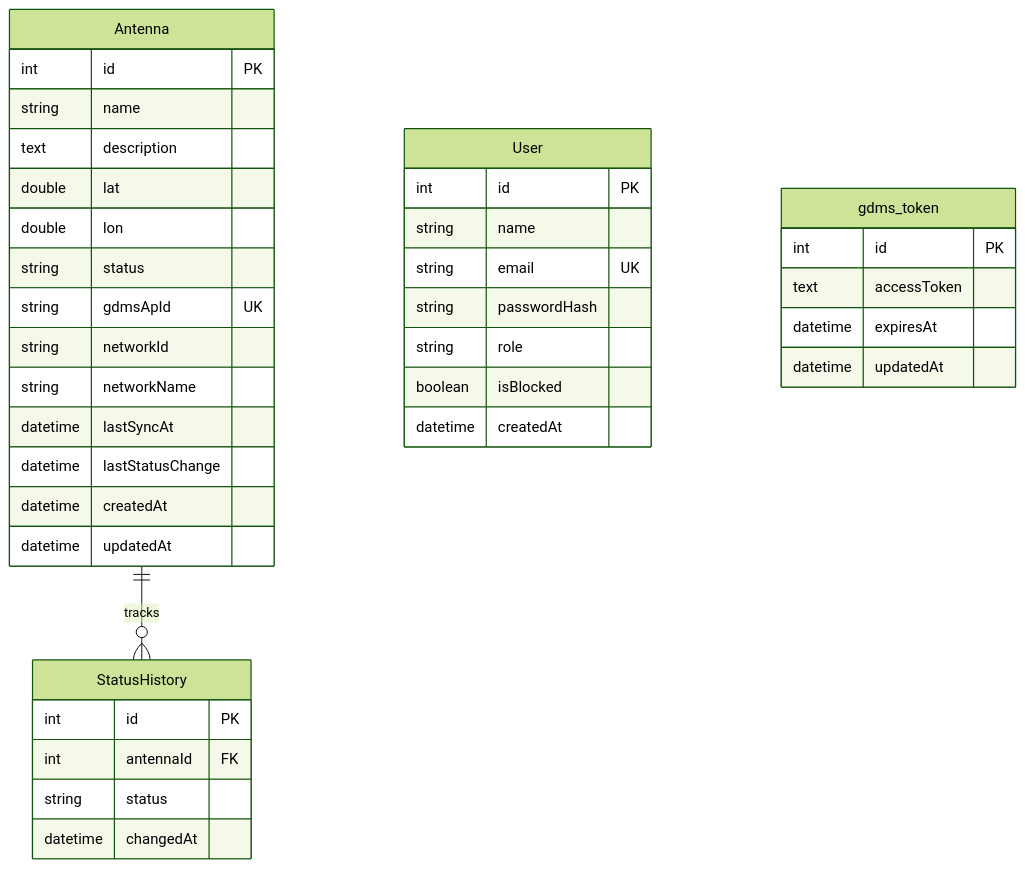
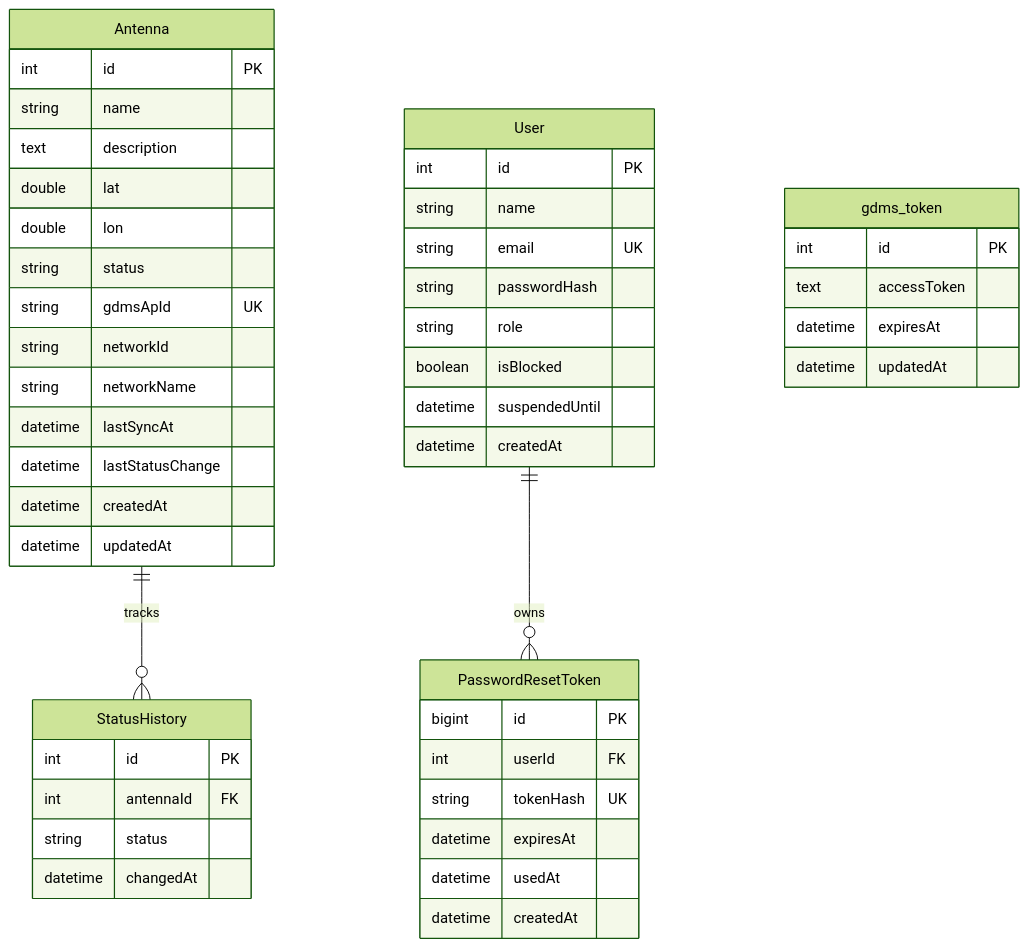
One commit to jefersonrocha-py/stats-a.p. changed the fifth of 5 diagrams in README.md. Above: the diagram before and after it, drawn with Mermaid (forest theme). The commit also changed other lines of this file and 6 other files, not shown here.

````diff
--- a/README.md
+++ b/README.md
@@ -178,44 +205,55 @@
 ```mermaid
 erDiagram
   Antenna {
     int id PK
     string name
     text description
     double lat
     double lon
     string status
     string gdmsApId UK
     string networkId
     string networkName
     datetime lastSyncAt
     datetime lastStatusChange
     datetime createdAt
     datetime updatedAt
   }
 
   StatusHistory {
     int id PK
     int antennaId FK
     string status
     datetime changedAt
   }
 
   User {
     int id PK
     string name
     string email UK
     string passwordHash
     string role
     boolean isBlocked
+    datetime suspendedUntil
+    datetime createdAt
+  }
+
+  PasswordResetToken {
+    bigint id PK
+    int userId FK
+    string tokenHash UK
+    datetime expiresAt
+    datetime usedAt
     datetime createdAt
   }
 
   gdms_token {
     int id PK
     text accessToken
     datetime expiresAt
     datetime updatedAt
   }
 
   Antenna ||--o{ StatusHistory : tracks
+  User ||--o{ PasswordResetToken : owns
 ```
````
